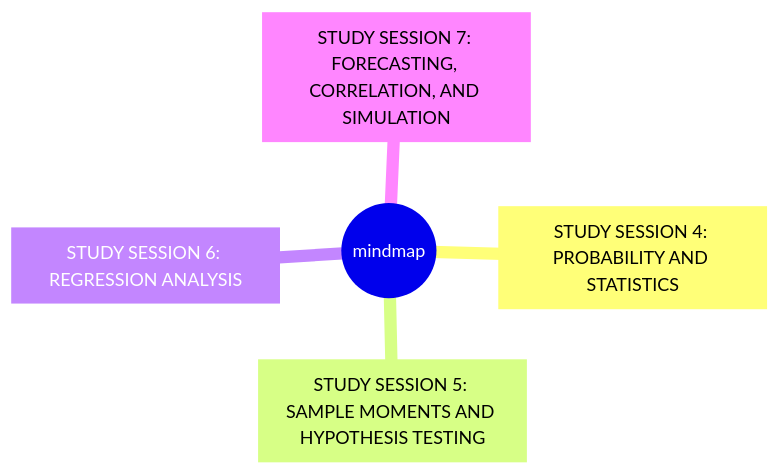
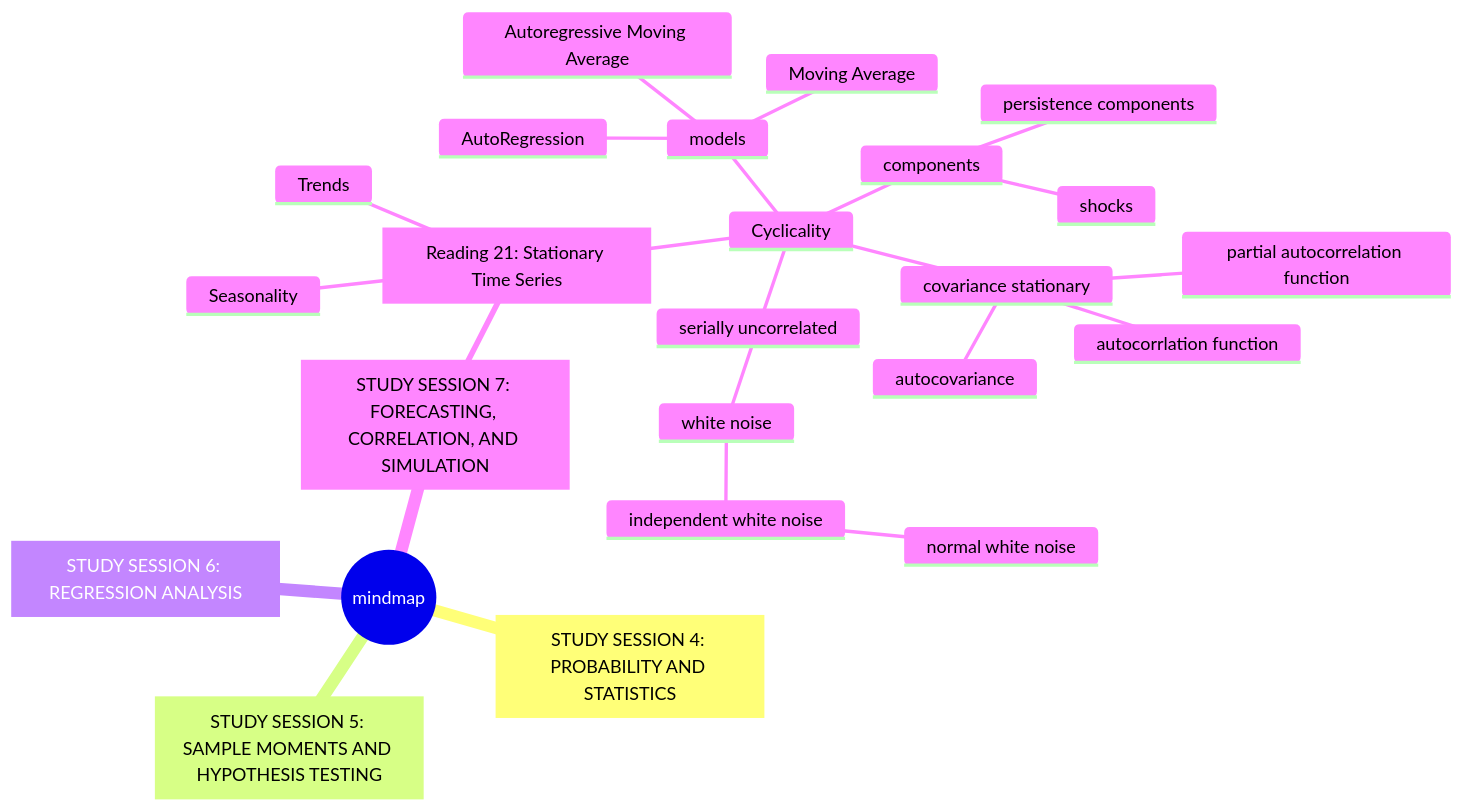
One commit to damonYuan/gitbook changed the second of 4 diagrams in finance/frm.md. Above: the diagram before and after it, drawn with Mermaid.

````diff
--- a/finance/frm.md
+++ b/finance/frm.md
@@ -17,8 +17,27 @@
 ```mermaid
 mindmap
   root((mindmap))
     id_r4["`STUDY SESSION 4: PROBABILITY AND STATISTICS`"]
     id_r5["`STUDY SESSION 5: SAMPLE MOMENTS AND HYPOTHESIS TESTING`"]
     id_r6["`STUDY SESSION 6: REGRESSION ANALYSIS`"]
     id_r7["`STUDY SESSION 7: FORECASTING, CORRELATION, AND SIMULATION`"]
+      id_21["`Reading 21: Stationary Time Series`"]
+        Trends
+        Seasonality
+        Cyclicality
+          models
+            AutoRegression
+            Moving Average
+            Autoregressive Moving Average
+          components
+            shocks
+            persistence components
+          covariance stationary
+            autocovariance
+            autocorrlation function
+            partial autocorrelation function
+          serially uncorrelated
+            white noise
+              independent white noise
+                normal white noise
 ```
````
